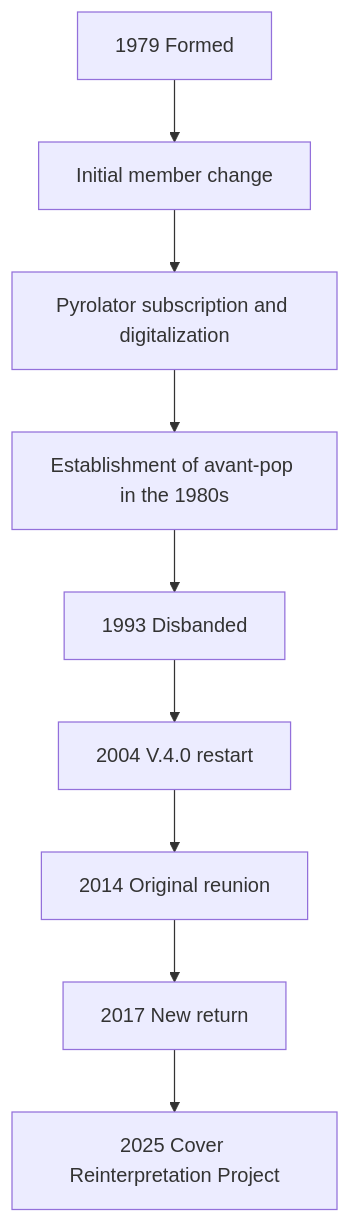
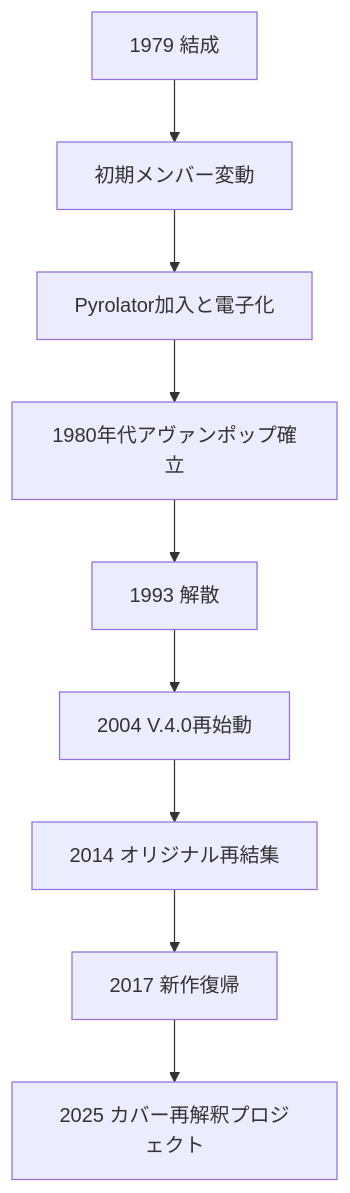
One commit to monumental-movement/monumental-movement.github.io changed the diagram in en/_posts/2026-07-05-column-der-plan.md. Above: the diagram before and after it, drawn with Mermaid. The commit also changed other lines of this file and 2196 other files, not shown here.

```diff
--- a/en/_posts/2026-07-05-column-der-plan.md
+++ b/en/_posts/2026-07-05-column-der-plan.md
@@ -148,11 +148,11 @@
 <div class="mermaid">
 graph TD
-A[1979 Formed] --> B[Initial member change]
-B --> C[Pyrolator subscription and digitalization]
-C --> D[Establishment of avant-pop in the 1980s]
-D --> E[1993 Disbanded]
-E --> F[2004 V.4.0 restart]
-F --> G[2014 Original reunion]
-G --> H[2017 New return]
-H --> I[2025 Cover Reinterpretation Project]
+A[1979 結成] --> B[初期メンバー変動]
+B --> C[Pyrolator加入と電子化]
+C --> D[1980年代アヴァンポップ確立]
+D --> E[1993 解散]
+E --> F[2004 V.4.0再始動]
+F --> G[2014 オリジナル再結集]
+G --> H[2017 新作復帰]
+H --> I[2025 カバー再解釈プロジェクト]
 </div>
```
